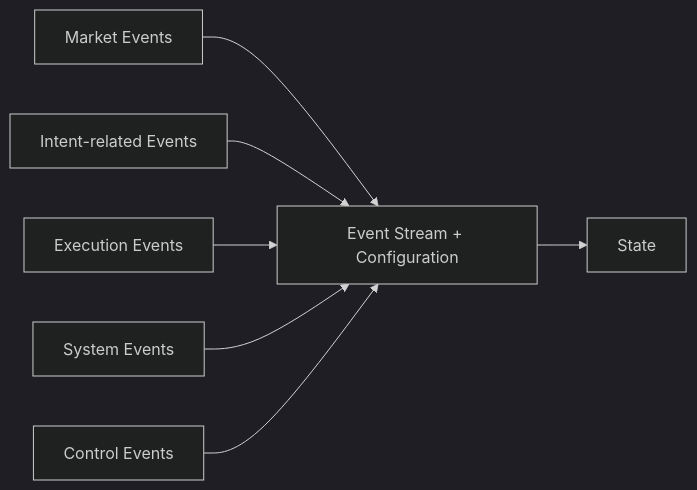
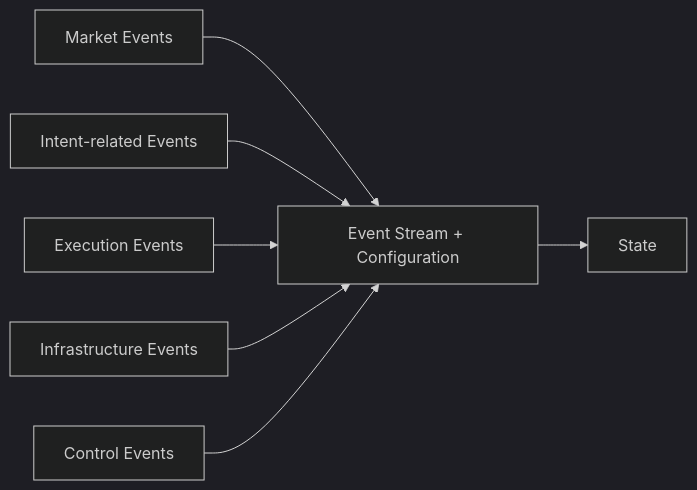
Before and after one commit to TradingChassis/docs: the diagram in docs/20-concepts/event-model.md, drawn with Mermaid (dark theme). The commit also changed other lines of this file and 73 other files, not shown here.

````diff
--- a/docs/20-concepts/event-model.md
+++ b/docs/20-concepts/event-model.md
@@ -124,19 +124,19 @@
 ```mermaid
 flowchart LR
     Market["Market Events"]
     IntentRelated["Intent-related Events"]
     Execution["Execution Events"]
-    System["System Events"]
+    Infrastructure["Infrastructure Events"]
     Control["Control Events"]
 
     Stream["Event Stream + Configuration"]
     State["State"]
 
     Market --> Stream
     IntentRelated --> Stream
     Execution --> Stream
-    System --> Stream
+    Infrastructure --> Stream
     Control --> Stream
 
     Stream --> State
 ```
````
